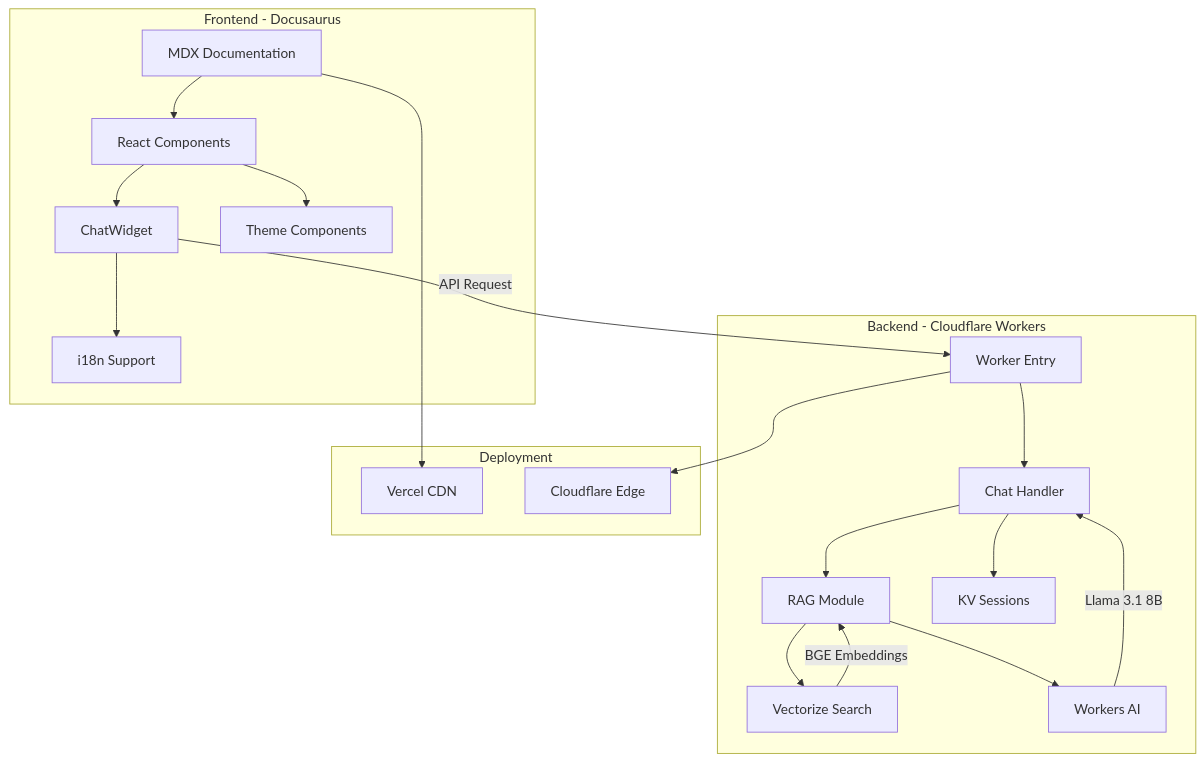
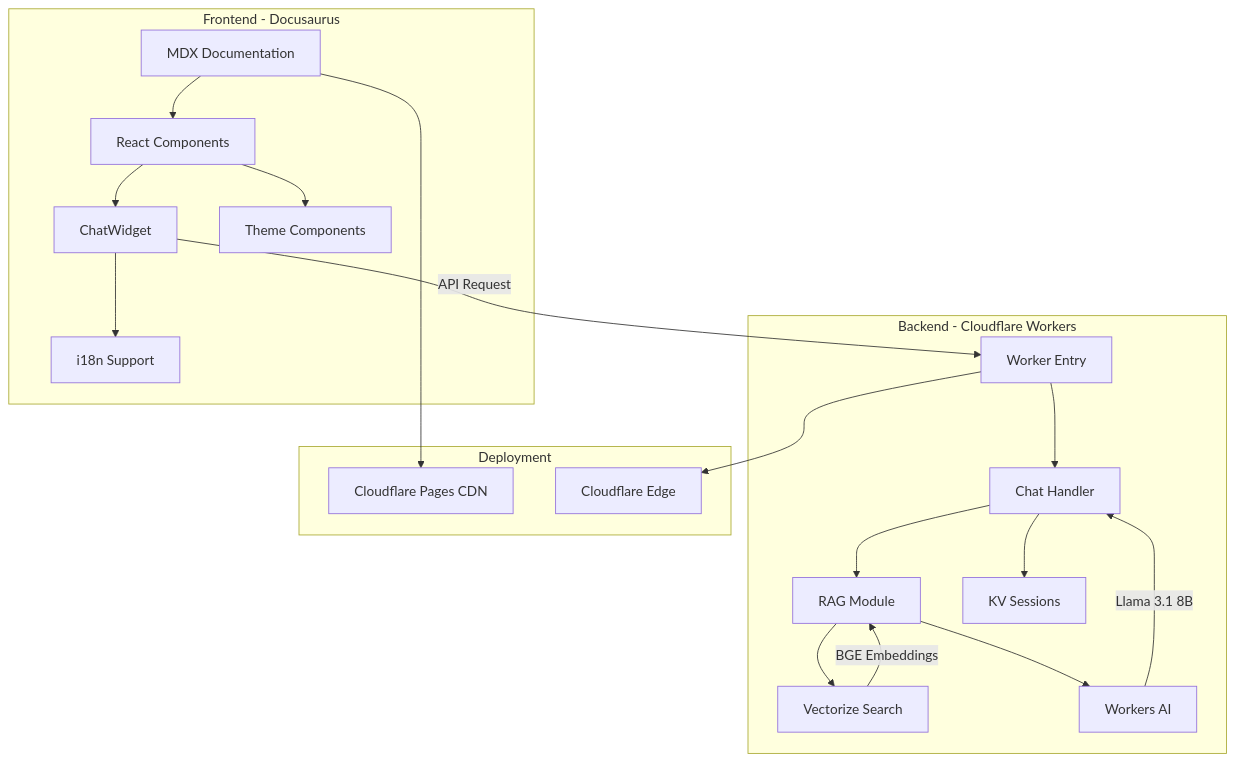
One commit to ChanMeng666/ai-programming-teaching-project changed the second of 4 diagrams in README.md. Above: the diagram before and after it, drawn with Mermaid. The commit also changed other lines of this file and 4 other files, not shown here.

````diff
--- a/README.md
+++ b/README.md
@@ -363,28 +367,28 @@
 ```mermaid
 graph TB
     subgraph "Frontend - Docusaurus"
         A[MDX Documentation] --> B[React Components]
         B --> C[ChatWidget]
         B --> D[Theme Components]
         C --> E[i18n Support]
     end
 
     subgraph "Backend - Cloudflare Workers"
         F[Worker Entry] --> G[Chat Handler]
         G --> H[RAG Module]
         H --> I[Vectorize Search]
         H --> J[Workers AI]
         G --> K[KV Sessions]
     end
 
     subgraph "Deployment"
-        L[Vercel CDN]
+        L[Cloudflare Pages CDN]
         M[Cloudflare Edge]
     end
 
     C -->|API Request| F
     J -->|Llama 3.1 8B| G
     I -->|BGE Embeddings| H
     A --> L
     F --> M
 ```
````
